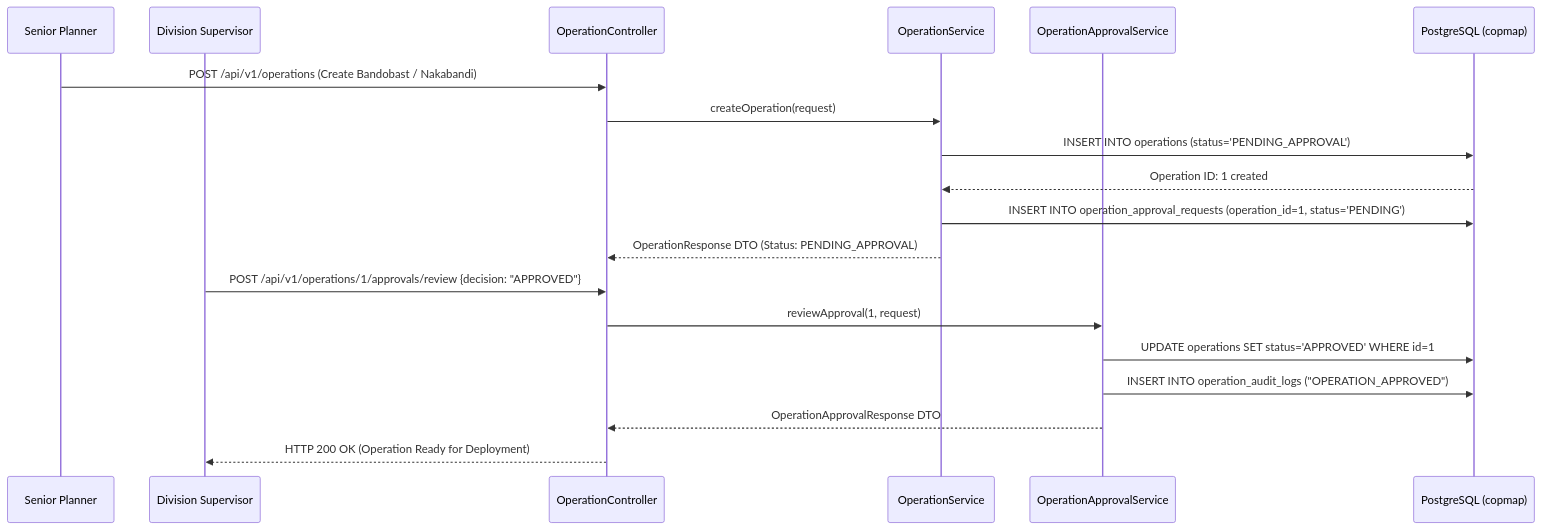
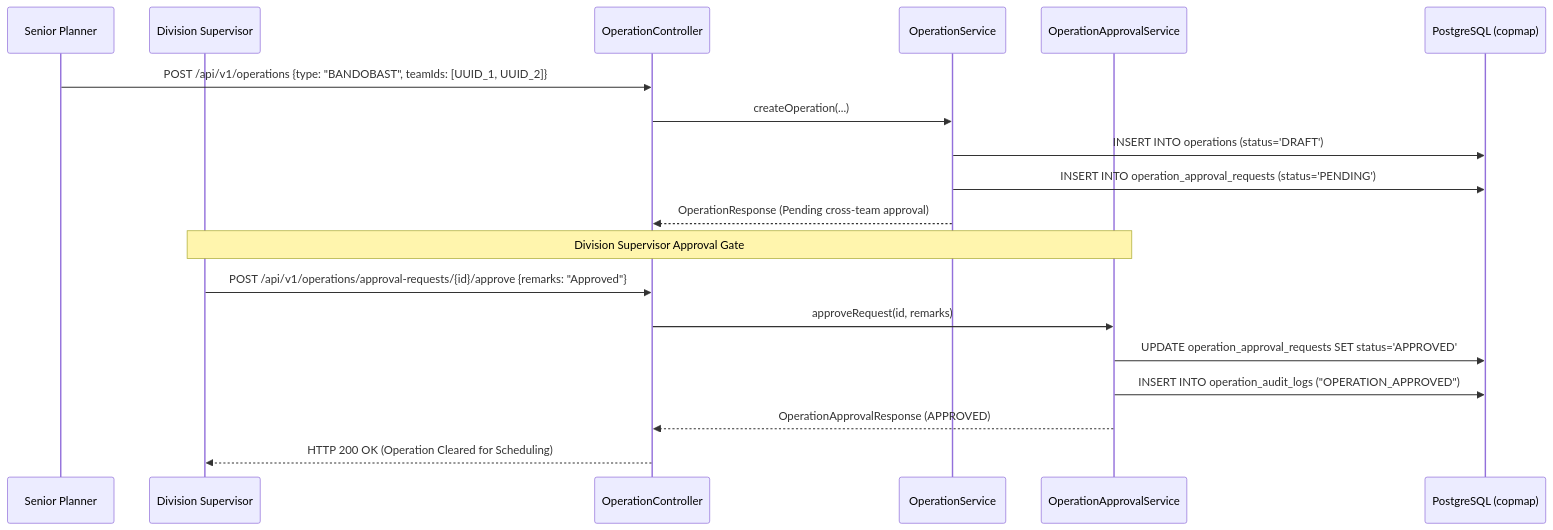
One commit to Anantctrl/CMP changed the fourth of 7 diagrams in README.md. Above: the diagram before and after it, drawn with Mermaid. The commit also changed other lines of this file, not shown here.

Commit message:
docs(readme): audit and align all architectural claims, endpoints, and setup instructions with actual codebase

````diff
--- a/README.md
+++ b/README.md
@@ -169,23 +173,23 @@
 ```mermaid
 sequenceDiagram
     participant Planner as Senior Planner
     participant Supervisor as Division Supervisor
     participant OpsCtrl as OperationController
     participant OpsSvc as OperationService
     participant ApprSvc as OperationApprovalService
     participant PG as PostgreSQL (copmap)
 
-    Planner->>OpsCtrl: POST /api/v1/operations (Create Bandobast / Nakabandi)
-    OpsCtrl->>OpsSvc: createOperation(request)
-    OpsSvc->>PG: INSERT INTO operations (status='PENDING_APPROVAL')
-    PG-->>OpsSvc: Operation ID: 1 created
-    OpsSvc->>PG: INSERT INTO operation_approval_requests (operation_id=1, status='PENDING')
-    OpsSvc-->>OpsCtrl: OperationResponse DTO (Status: PENDING_APPROVAL)
+    Planner->>OpsCtrl: POST /api/v1/operations {type: "BANDOBAST", teamIds: [UUID_1, UUID_2]}
+    OpsCtrl->>OpsSvc: createOperation(...)
+    OpsSvc->>PG: INSERT INTO operations (status='DRAFT')
+    OpsSvc->>PG: INSERT INTO operation_approval_requests (status='PENDING')
+    OpsSvc-->>OpsCtrl: OperationResponse (Pending cross-team approval)
 
-    Supervisor->>OpsCtrl: POST /api/v1/operations/1/approvals/review {decision: "APPROVED"}
-    OpsCtrl->>ApprSvc: reviewApproval(1, request)
-    ApprSvc->>PG: UPDATE operations SET status='APPROVED' WHERE id=1
+    Note over Supervisor,ApprSvc: Division Supervisor Approval Gate
+    Supervisor->>OpsCtrl: POST /api/v1/operations/approval-requests/{id}/approve {remarks: "Approved"}
+    OpsCtrl->>ApprSvc: approveRequest(id, remarks)
+    ApprSvc->>PG: UPDATE operation_approval_requests SET status='APPROVED'
     ApprSvc->>PG: INSERT INTO operation_audit_logs ("OPERATION_APPROVED")
-    ApprSvc-->>OpsCtrl: OperationApprovalResponse DTO
-    OpsCtrl-->>Supervisor: HTTP 200 OK (Operation Ready for Deployment)
+    ApprSvc-->>OpsCtrl: OperationApprovalResponse (APPROVED)
+    OpsCtrl-->>Supervisor: HTTP 200 OK (Operation Cleared for Scheduling)
 ```
````
